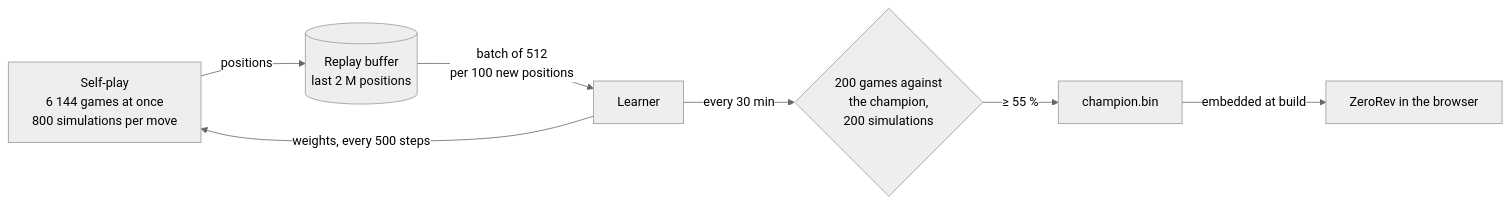
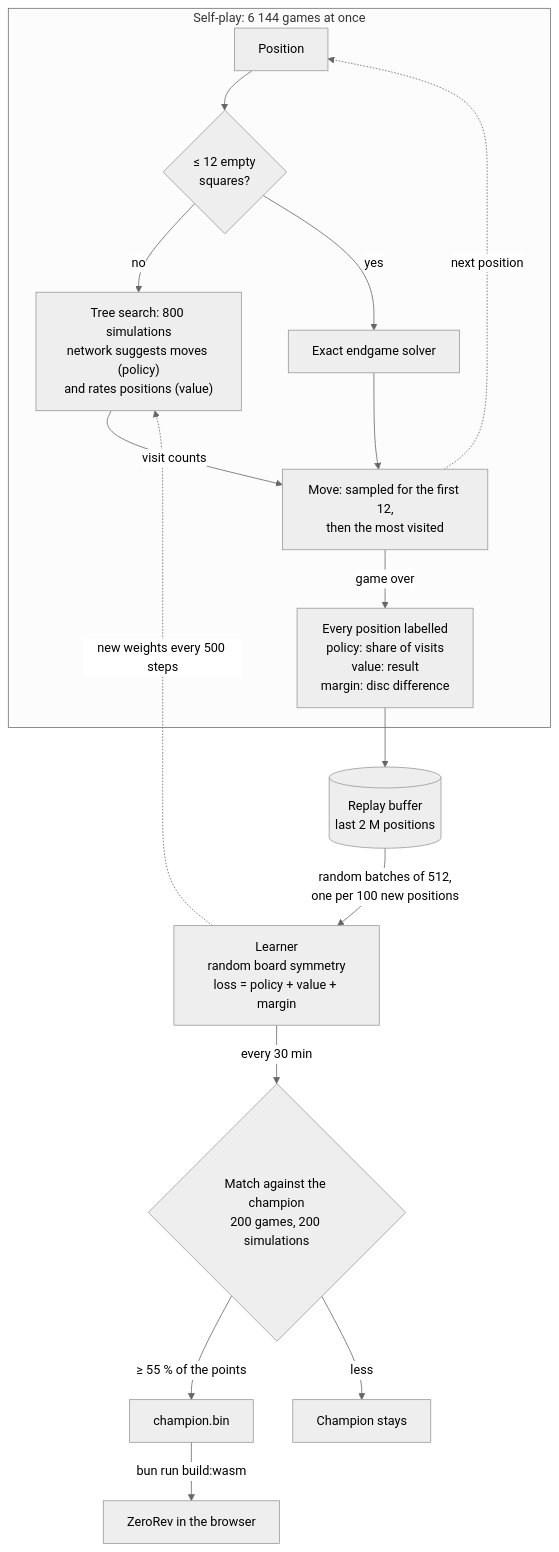
One commit to awnion/reversi changed the first of 2 diagrams in README.md. Above: the diagram before and after it, drawn with Mermaid (neutral theme).

Commit message:
docs: detailed vertical training diagram

````diff
--- a/README.md
+++ b/README.md
@@ -27,9 +27,19 @@
 ```mermaid
-flowchart LR
-    S["Self-play<br/>6 144 games at once<br/>800 simulations per move"] -->|positions| R[("Replay buffer<br/>last 2 M positions")]
-    R -->|"batch of 512<br/>per 100 new positions"| L["Learner"]
-    L -->|"weights, every 500 steps"| S
-    L -->|"every 30 min"| M{"200 games against<br/>the champion,<br/>200 simulations"}
-    M -->|"≥ 55 %"| C["champion.bin"]
-    C -->|"embedded at build"| B["ZeroRev in the browser"]
+flowchart TD
+    subgraph SP["Self-play: 6 144 games at once"]
+        P["Position"] --> E{"≤ 12 empty<br/>squares?"}
+        E -->|no| S["Tree search: 800 simulations<br/>network suggests moves (policy)<br/>and rates positions (value)"]
+        E -->|yes| X["Exact endgame solver"]
+        S -->|"visit counts"| MV["Move: sampled for the first 12,<br/>then the most visited"]
+        X --> MV
+        MV -->|"game over"| T["Every position labelled<br/>policy: share of visits<br/>value: result<br/>margin: disc difference"]
+        MV -.->|"next position"| P
+    end
+    T --> R[("Replay buffer<br/>last 2 M positions")]
+    R -->|"random batches of 512,<br/>one per 100 new positions"| L["Learner<br/>random board symmetry<br/>loss = policy + value + margin"]
+    L -.->|"new weights every 500 steps"| S
+    L -->|"every 30 min"| M{"Match against the champion<br/>200 games, 200 simulations"}
+    M -->|"≥ 55 % of the points"| C["champion.bin"]
+    M -->|"less"| K["Champion stays"]
+    C -->|"bun run build:wasm"| B["ZeroRev in the browser"]
 ```
````
